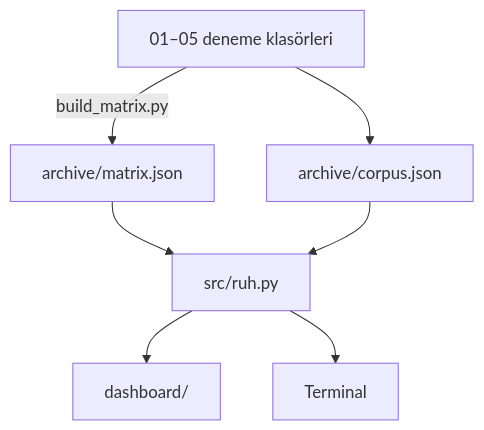
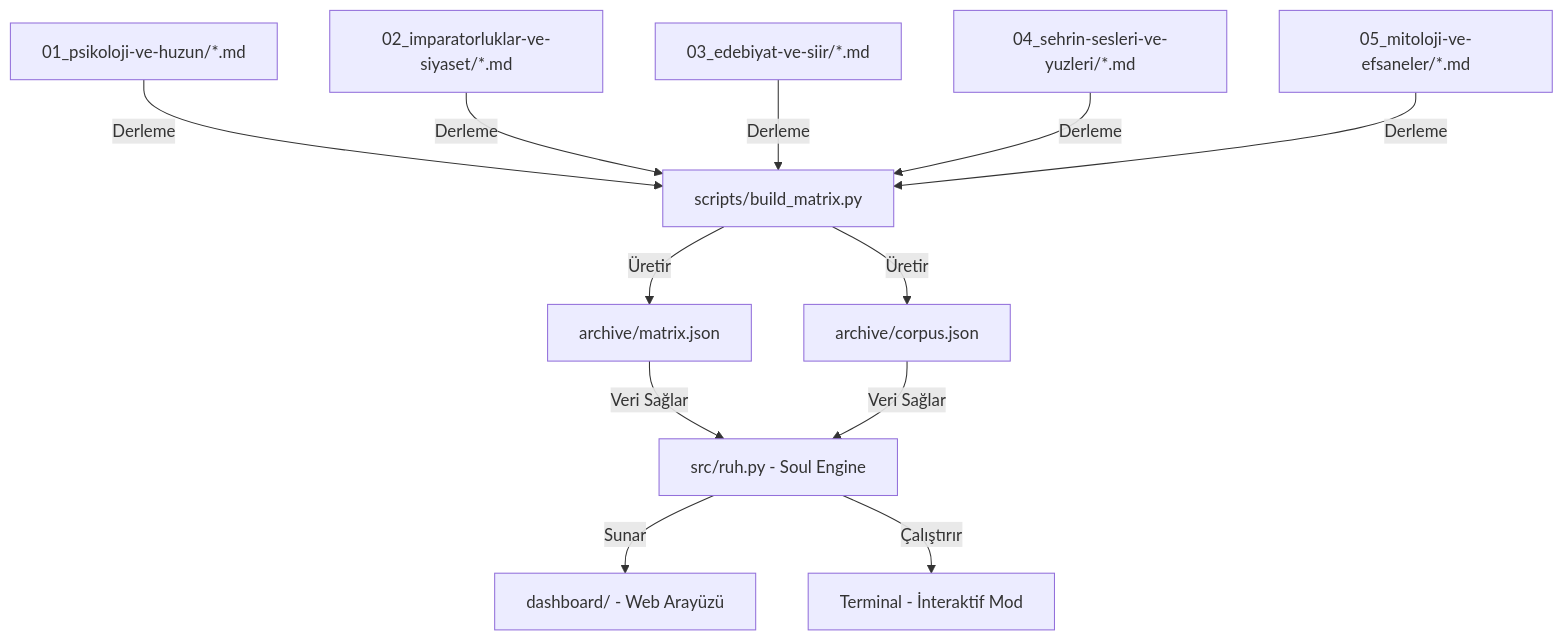
One commit to arch-yunus/words-of-istanbul changed the diagram in README.md. Above: the diagram before and after it, drawn with Mermaid. The commit also changed other lines of this file and 13 other files, not shown here.

Commit message:
docs: extend README and rebuild corpus/matrix with new essays

````diff
--- a/README.md
+++ b/README.md
@@ -33,9 +51,17 @@
 ```mermaid
 graph TD
-    E[01–05 deneme klasörleri] -->|build_matrix.py| M[archive/matrix.json]
-    E --> C[archive/corpus.json]
-    M --> R[src/ruh.py]
-    C --> R
-    R --> D[dashboard/]
-    R --> T[Terminal]
+    A[01_psikoloji-ve-huzun/*.md] -->|Derleme| BM[scripts/build_matrix.py]
+    B[02_imparatorluklar-ve-siyaset/*.md] -->|Derleme| BM
+    C[03_edebiyat-ve-siir/*.md] -->|Derleme| BM
+    D[04_sehrin-sesleri-ve-yuzleri/*.md] -->|Derleme| BM
+    E[05_mitoloji-ve-efsaneler/*.md] -->|Derleme| BM
+    
+    BM -->|Üretir| MC[archive/corpus.json]
+    BM -->|Üretir| MM[archive/matrix.json]
+    
+    MM -->|Veri Sağlar| RE[src/ruh.py - Soul Engine]
+    MC -->|Veri Sağlar| RE
+    
+    RE -->|Sunar| DB[dashboard/ - Web Arayüzü]
+    RE -->|Çalıştırır| TM[Terminal - İnteraktif Mod]
 ```
````
